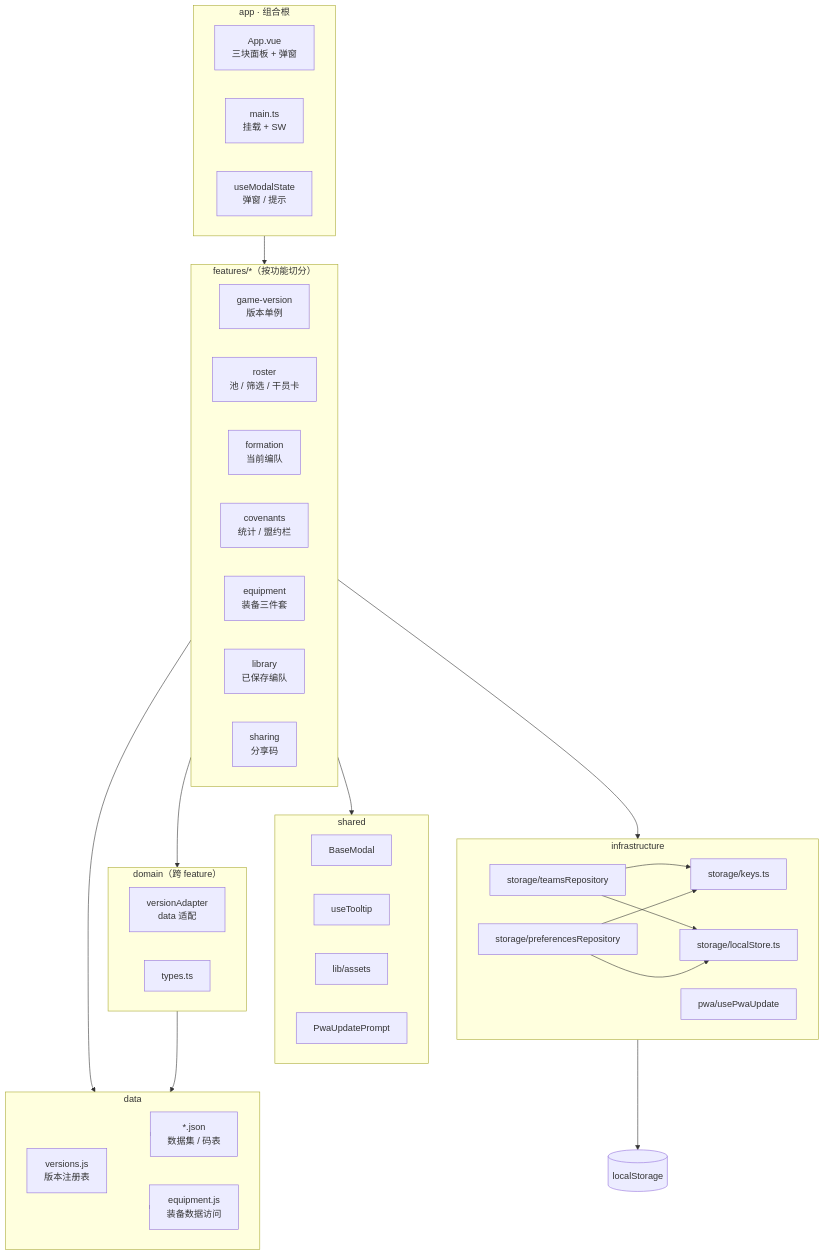
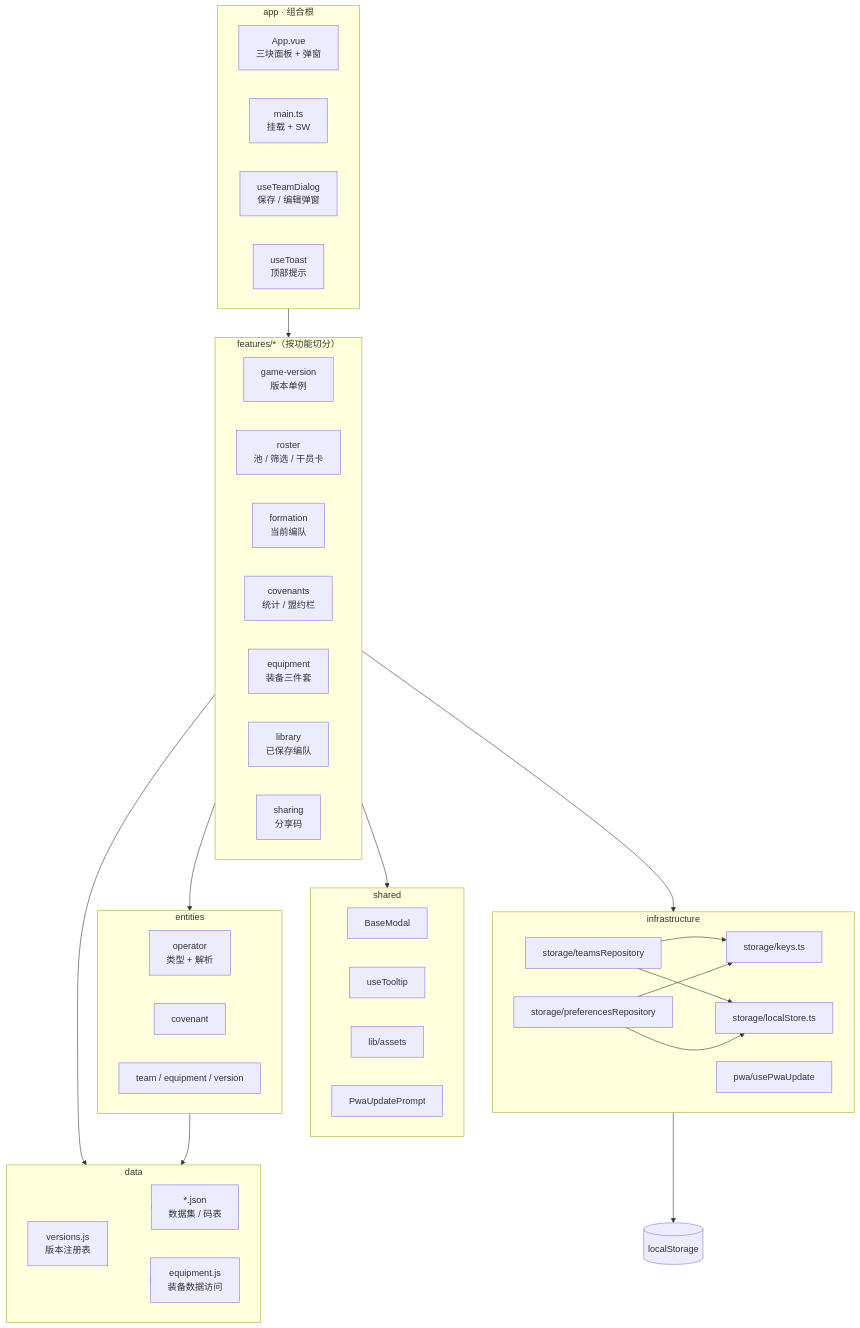
Before and after one commit to yeyeye613/Arknights-alliance-tool: the first of 2 diagrams in architecture/overview.md, drawn with Mermaid. The commit also changed other lines of this file and 6 other files, not shown here.

````diff
--- a/architecture/overview.md
+++ b/architecture/overview.md
@@ -22,66 +22,68 @@
 ```mermaid
 flowchart TB
   subgraph APP["app · 组合根"]
     direction LR
     A["App.vue<br/>三块面板 + 弹窗"]
     MAIN["main.ts<br/>挂载 + SW"]
-    MS["useModalState<br/>弹窗 / 提示"]
+    TD["useTeamDialog<br/>保存 / 编辑弹窗"]
+    TOAST["useToast<br/>顶部提示"]
   end
 
   subgraph FEAT["features/*（按功能切分）"]
     direction LR
     GV["game-version<br/>版本单例"]
     RS["roster<br/>池 / 筛选 / 干员卡"]
     FM["formation<br/>当前编队"]
     CV["covenants<br/>统计 / 盟约栏"]
     EQ["equipment<br/>装备三件套"]
     LB["library<br/>已保存编队"]
     SH["sharing<br/>分享码"]
   end
 
   subgraph SHARED["shared"]
     direction LR
     BASE["BaseModal"]
     TIP["useTooltip"]
     IMG["lib/assets"]
     PWAUI["PwaUpdatePrompt"]
   end
 
-  subgraph DOM["domain（跨 feature）"]
+  subgraph ENT["entities"]
     direction LR
-    VA["versionAdapter<br/>data 适配"]
-    TYPES["types.ts"]
+    EOP["operator<br/>类型 + 解析"]
+    ECOV["covenant"]
+    ETEAM["team / equipment / version"]
   end
 
   subgraph INFRA["infrastructure"]
     direction LR
     KEYS["storage/keys.ts"]
     LSTORE["storage/localStore.ts"]
     RT["storage/teamsRepository"]
     RP["storage/preferencesRepository"]
     PWASW["pwa/usePwaUpdate"]
   end
 
   subgraph DATA["data"]
     direction LR
     REG["versions.js<br/>版本注册表"]
     EQD["equipment.js<br/>装备数据访问"]
     JSON["*.json<br/>数据集 / 码表"]
   end
 
   APP --> FEAT
   FEAT --> SHARED
-  FEAT --> DOM
+  FEAT --> ENT
   FEAT --> INFRA
   FEAT --> DATA
-  DOM --> DATA
+  ENT --> DATA
   DATA --> JSON
   DATA --> EQD
   RT --> LSTORE
   RP --> LSTORE
   RT --> KEYS
   RP --> KEYS
 
   LS[("localStorage")]
   LSTORE --> LS
 ```
````
